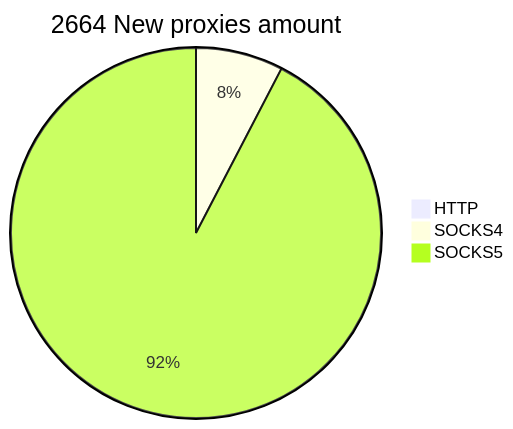
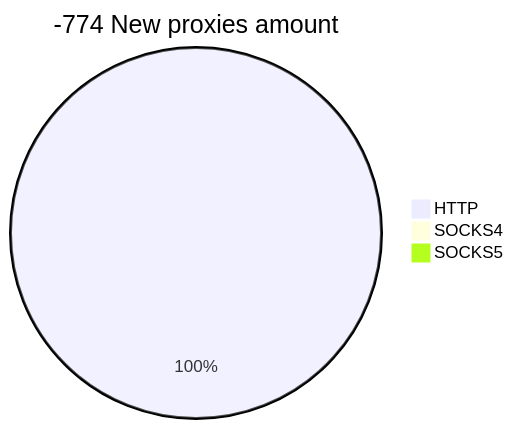
The second of 2 diagrams in README.md (cutipu/proxylist), drawn with Mermaid before and after one commit. The commit also changed other lines of this file, not shown here.

````diff
--- a/README.md
+++ b/README.md
@@ -10,6 +10,6 @@
 ```mermaid
-pie title 2664 New proxies amount
-    "HTTP" : 0
-    "SOCKS4" : 204
-    "SOCKS5" : 2469
+pie title -774 New proxies amount
+    "HTTP" : 22
+    "SOCKS4" : 0
+    "SOCKS5" : 0
 ```
````
